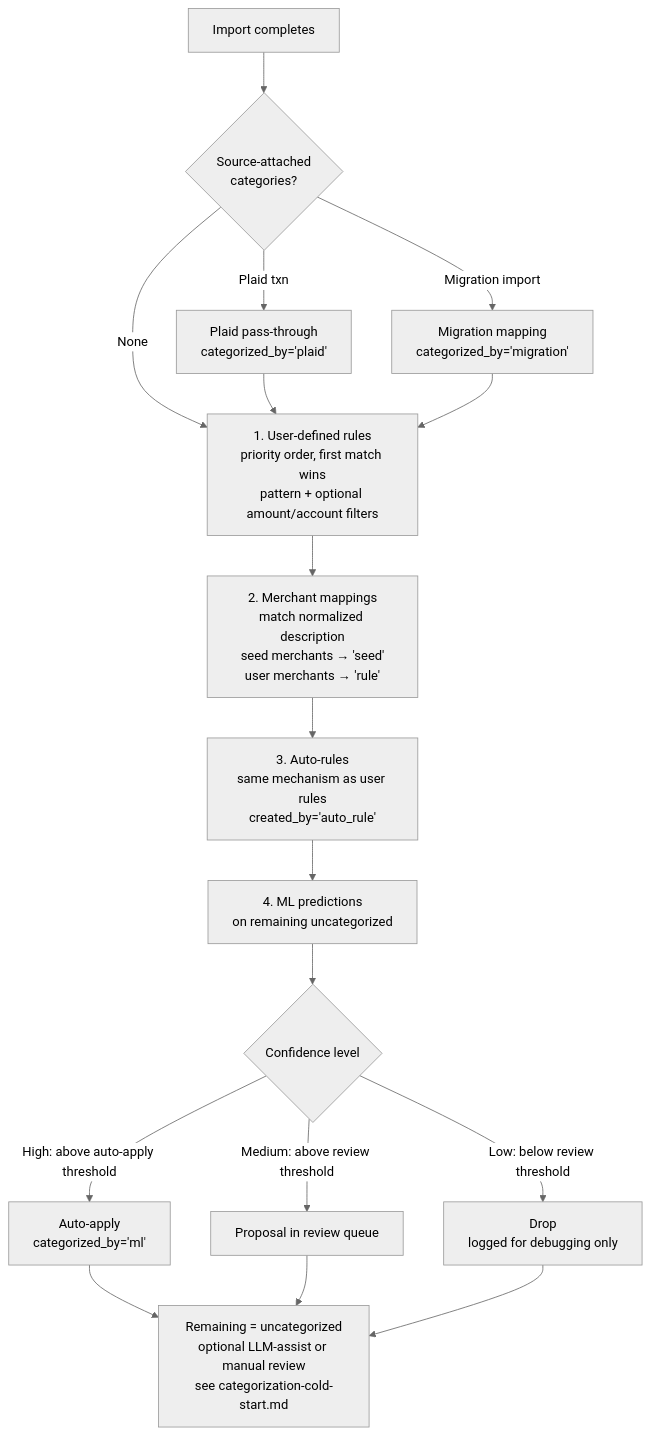
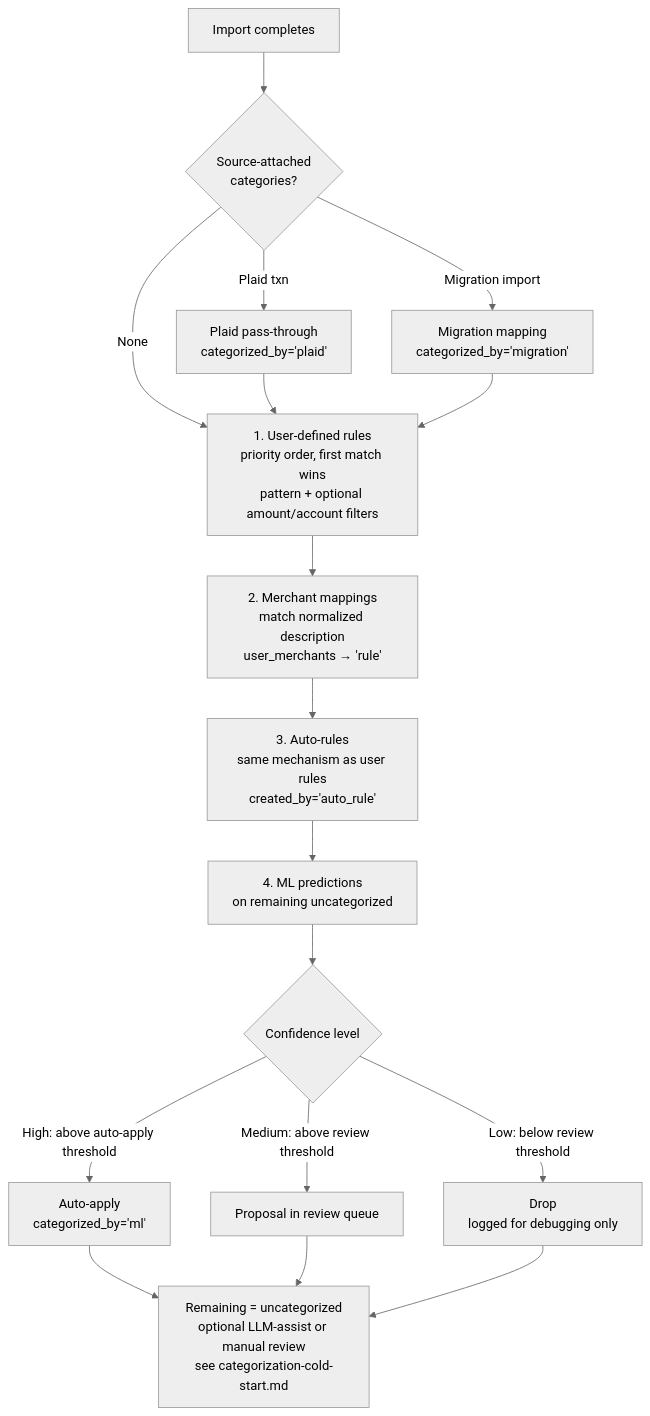
The diagram in docs/specs/categorization-overview.md (bsaffel/moneybin), drawn with Mermaid (neutral theme) before and after one commit. The commit also changed other lines of this file and 35 other files, not shown here.

First line of the commit message:
Drop seed merchant catalogs and `app.merchant_overrides` (#145)

````diff
--- a/docs/specs/categorization-overview.md
+++ b/docs/specs/categorization-overview.md
@@ -53,19 +52,19 @@
 ```mermaid
 flowchart TD
     A[Import completes] --> A2{Source-attached<br/>categories?}
     A2 -->|Plaid txn| AP[Plaid pass-through<br/>categorized_by='plaid']
     A2 -->|Migration import| AM[Migration mapping<br/>categorized_by='migration']
     A2 -->|None| B
     AP --> B[1. User-defined rules\npriority order, first match wins\npattern + optional amount/account filters]
     AM --> B
-    B --> C[2. Merchant mappings\nmatch normalized description<br/>seed merchants → 'seed'<br/>user merchants → 'rule']
+    B --> C[2. Merchant mappings\nmatch normalized description<br/>user_merchants → 'rule']
     C --> D[3. Auto-rules\nsame mechanism as user rules\ncreated_by='auto_rule']
     D --> E[4. ML predictions\non remaining uncategorized]
     E --> F{Confidence level}
     F -->|High: above auto-apply threshold| G[Auto-apply\ncategorized_by='ml']
     F -->|Medium: above review threshold| H[Proposal in review queue]
     F -->|Low: below review threshold| I[Drop\nlogged for debugging only]
     G --> J[Remaining = uncategorized\noptional LLM-assist or manual review<br/>see categorization-cold-start.md]
     H --> J
     I --> J
 ```
````
